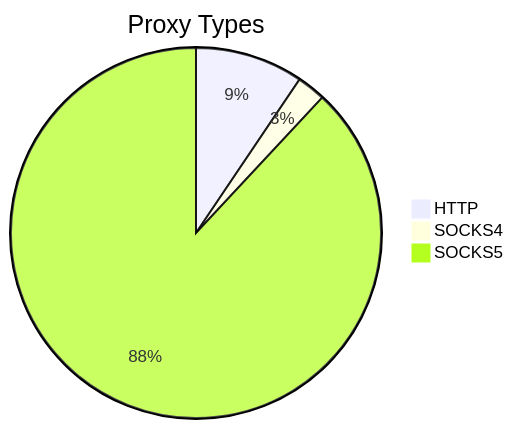
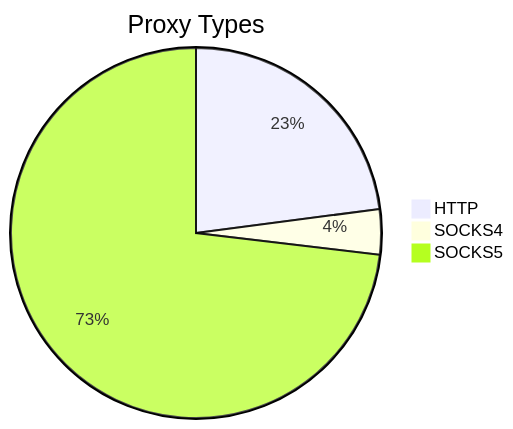
One commit to stormsia/proxy-list changed the first of 2 diagrams in README.md. Above: the diagram before and after it, drawn with Mermaid. The commit also changed other lines of this file, not shown here.

````diff
--- a/README.md
+++ b/README.md
@@ -21,6 +21,6 @@
 ```mermaid
 pie title Proxy Types
-    "HTTP" : 490
-    "SOCKS4" : 130
-    "SOCKS5" : 4573
+    "HTTP" : 447
+    "SOCKS4" : 77
+    "SOCKS5" : 1425
 ```
````
